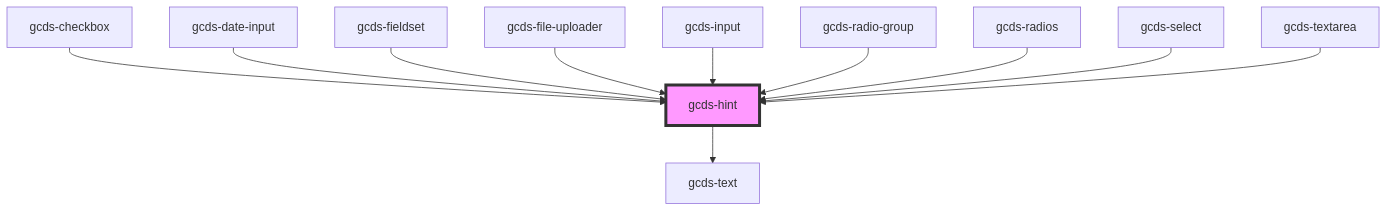
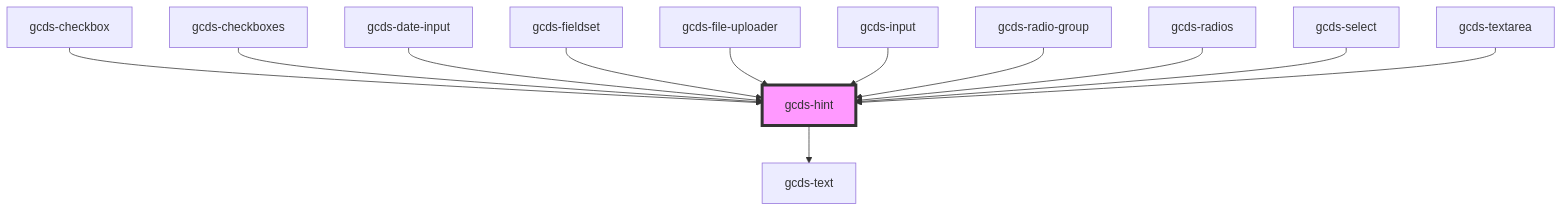
One commit to cds-snc/gcds-components changed the diagram in packages/web/src/components/gcds-hint/readme.md. Above: the diagram before and after it, drawn with Mermaid. The commit also changed other lines of this file and 10 other files, not shown here.

````diff
--- a/packages/web/src/components/gcds-hint/readme.md
+++ b/packages/web/src/components/gcds-hint/readme.md
@@ -41,14 +42,15 @@
 ```mermaid
 graph TD;
   gcds-hint --> gcds-text
   gcds-checkbox --> gcds-hint
+  gcds-checkboxes --> gcds-hint
   gcds-date-input --> gcds-hint
   gcds-fieldset --> gcds-hint
   gcds-file-uploader --> gcds-hint
   gcds-input --> gcds-hint
   gcds-radio-group --> gcds-hint
   gcds-radios --> gcds-hint
   gcds-select --> gcds-hint
   gcds-textarea --> gcds-hint
   style gcds-hint fill:#f9f,stroke:#333,stroke-width:4px
 ```
````
